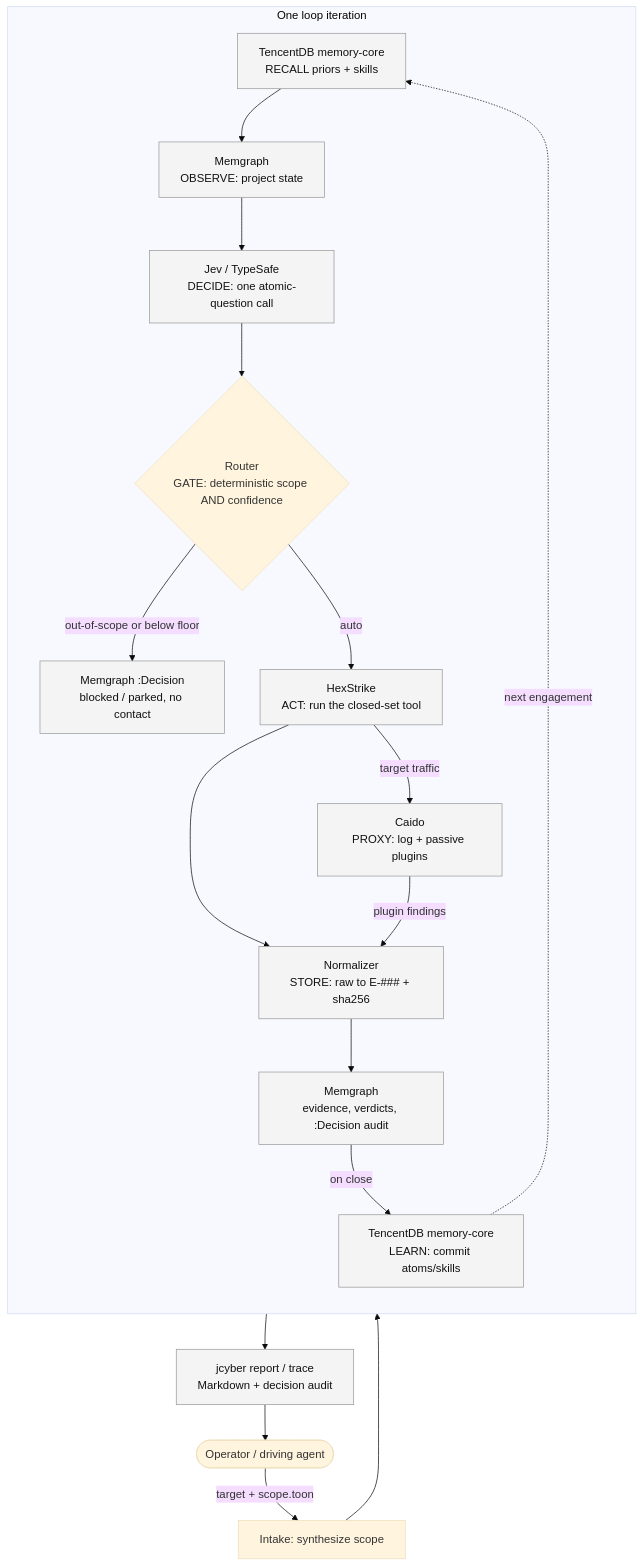
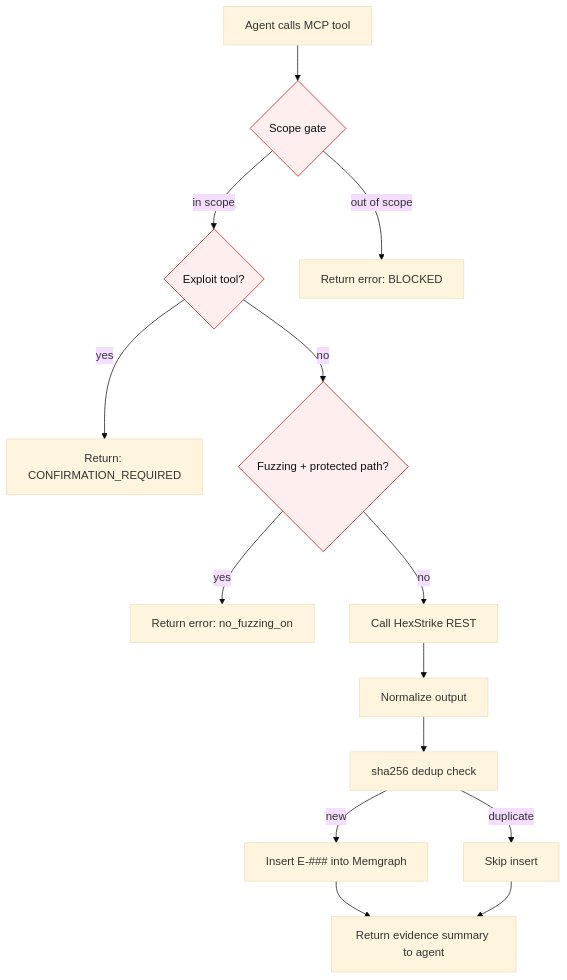
One commit to undeemed/Jcyber changed the second of 3 diagrams in docs/diagrams.md. Above: the diagram before and after it, drawn with Mermaid (base theme). The commit also changed other lines of this file and 42 other files, not shown here.

First line of the commit message:
feat!: replace Jev classifier loop with MCP toolkit

````diff
--- a/docs/diagrams.md
+++ b/docs/diagrams.md
@@ -87,26 +43,19 @@
 ```mermaid
-flowchart TB
-  OP([Operator / driving agent]) -->|target + scope.toon| INTAKE[Intake: synthesize scope]
-  INTAKE --> REC
+flowchart TD
+  A[Agent calls MCP tool] --> B{Scope gate}
+  B -->|in scope| C{Exploit tool?}
+  B -->|out of scope| REJECT[Return error: BLOCKED]
+  C -->|yes| CONFIRM[Return: CONFIRMATION_REQUIRED]
+  C -->|no| D{Fuzzing + protected path?}
+  D -->|yes| REJECT2[Return error: no_fuzzing_on]
+  D -->|no| E[Call HexStrike REST]
+  E --> F[Normalize output]
+  F --> G[sha256 dedup check]
+  G -->|new| H[Insert E-### into Memgraph]
+  G -->|duplicate| I[Skip insert]
+  H --> J[Return evidence summary to agent]
+  I --> J
 
-  subgraph ITER[One loop iteration]
-    direction TB
-    REC[TencentDB memory-core<br/>RECALL priors + skills] --> OBS[Memgraph<br/>OBSERVE: project state]
-    OBS --> DEC[Jev / TypeSafe<br/>DECIDE: one atomic-question call]
-    DEC --> GATE{Router<br/>GATE: deterministic scope AND confidence}
-    GATE -->|out-of-scope or below floor| AUD[Memgraph :Decision<br/>blocked / parked, no contact]
-    GATE -->|auto| ACT[HexStrike<br/>ACT: run the closed-set tool]
-    ACT -->|target traffic| CD[Caido<br/>PROXY: log + passive plugins]
-    ACT --> NORM[Normalizer<br/>STORE: raw to E-### + sha256]
-    CD -->|plugin findings| NORM
-    NORM --> MG[Memgraph<br/>evidence, verdicts, :Decision audit]
-    MG -->|on close| LRN[TencentDB memory-core<br/>LEARN: commit atoms/skills]
-  end
-
-  LRN -.->|next engagement| REC
-  MG --> OUT[jcyber report / trace<br/>Markdown + decision audit]
-  OUT --> OP
-
-  classDef svc fill:#f4f4f4,stroke:#999,color:#111
-  class REC,OBS,DEC,ACT,CD,NORM,MG,AUD,LRN,OUT svc
+  classDef gate fill:#fee,stroke:#c00,color:#111
+  class B,C,D gate
 ```
````
